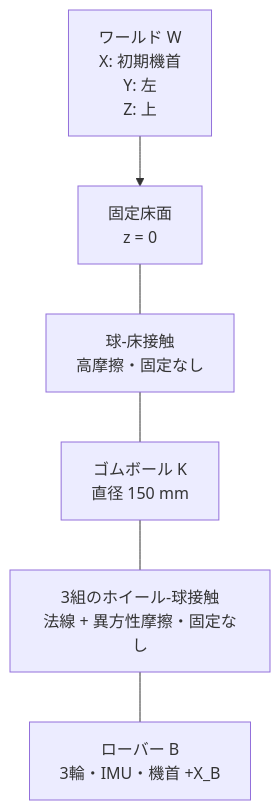
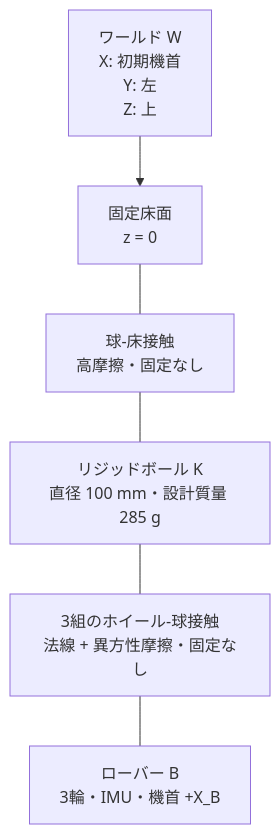
One commit to nenecchiCV/ball-balancing-omni-rover changed the first of 2 diagrams in specs/hardware_design/mechanism/ball_balancing_omnirover3wd/README.md. Above: the diagram before and after it, drawn with Mermaid. The commit also changed other lines of this file and 129 other files, not shown here.

````diff
--- a/specs/hardware_design/mechanism/ball_balancing_omnirover3wd/README.md
+++ b/specs/hardware_design/mechanism/ball_balancing_omnirover3wd/README.md
@@ -5,12 +5,12 @@
 ```mermaid
 flowchart TB
   W[ワールド W<br/>X: 初期機首<br/>Y: 左<br/>Z: 上]
   G[固定床面<br/>z = 0]
-  K[ゴムボール K<br/>直径 150 mm]
+  K[リジッドボール K<br/>直径 100 mm・設計質量 285 g]
   C1[球-床接触<br/>高摩擦・固定なし]
   B[ローバー B<br/>3輪・IMU・機首 +X_B]
   C2[3組のホイール-球接触<br/>法線 + 異方性摩擦・固定なし]
   W --> G
   G --- C1 --- K
   K --- C2 --- B
 ```
````
